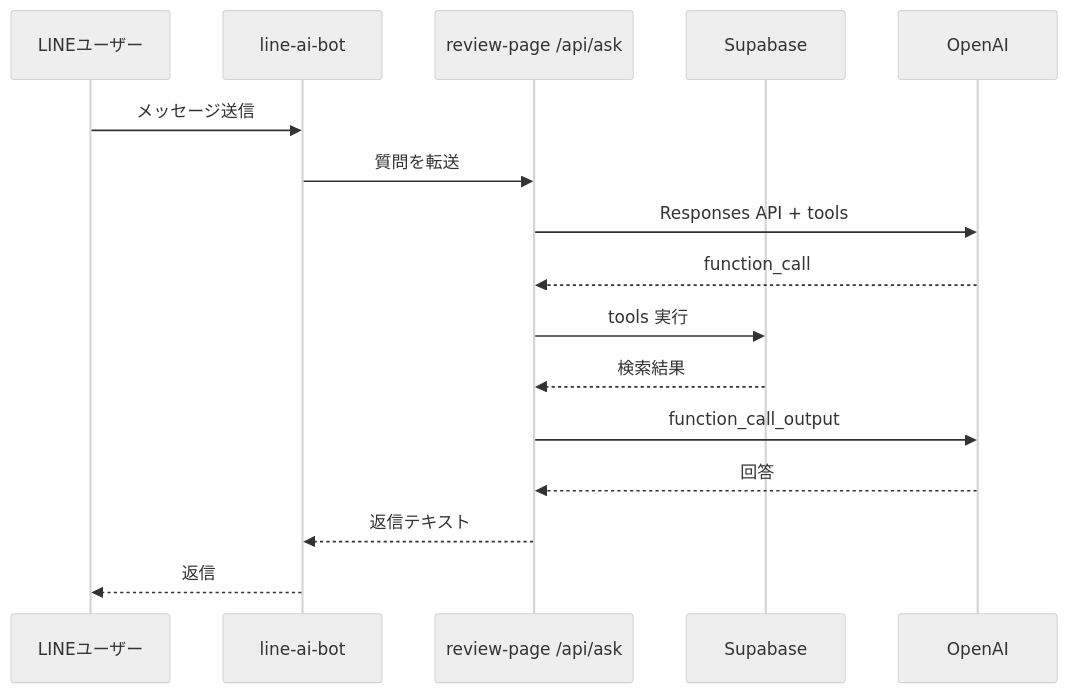
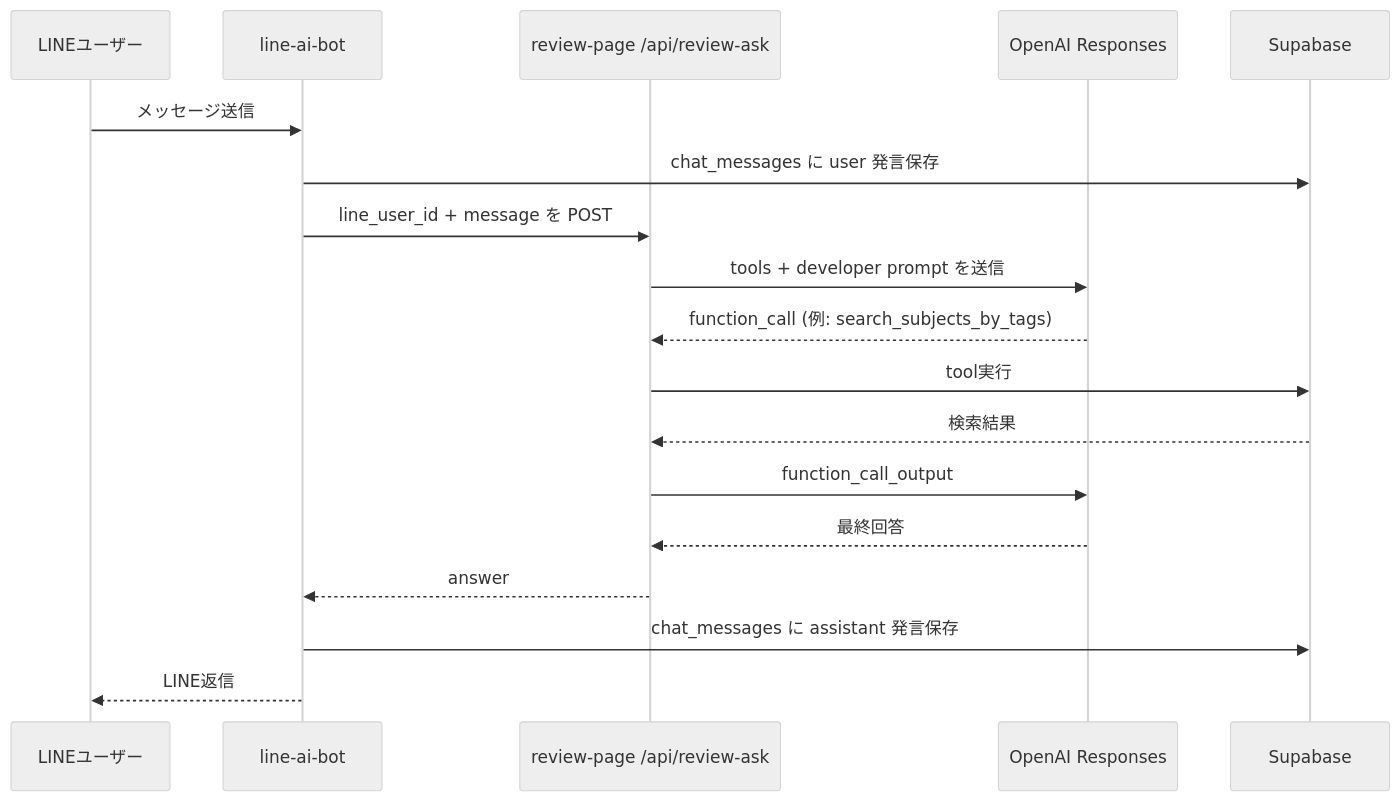
The first of 3 diagrams in wiki/03-アーキテクチャ.md (lego0509/campus-ai), drawn with Mermaid (neutral theme) before and after one commit. The commit also changed other lines of this file and 17 other files, not shown here.

````diff
--- a/wiki/03-アーキテクチャ.md
+++ b/wiki/03-アーキテクチャ.md
@@ -29,19 +15,21 @@
 ```mermaid
 sequenceDiagram
   participant User as LINEユーザー
-  participant Line as line-ai-bot
-  participant Review as review-page /api/ask
+  participant Bot as line-ai-bot
+  participant Ask as review-page /api/review-ask
+  participant OAI as OpenAI Responses
   participant DB as Supabase
-  participant AI as OpenAI
 
-  User->>Line: メッセージ送信
-  Line->>Review: 質問を転送
-  Review->>AI: Responses API + tools
-  AI-->>Review: function_call
-  Review->>DB: tools 実行
-  DB-->>Review: 検索結果
-  Review->>AI: function_call_output
-  AI-->>Review: 回答
-  Review-->>Line: 返信テキスト
-  Line-->>User: 返信
+  User->>Bot: メッセージ送信
+  Bot->>DB: chat_messages に user 発言保存
+  Bot->>Ask: line_user_id + message を POST
+  Ask->>OAI: tools + developer prompt を送信
+  OAI-->>Ask: function_call (例: search_subjects_by_tags)
+  Ask->>DB: tool実行
+  DB-->>Ask: 検索結果
+  Ask->>OAI: function_call_output
+  OAI-->>Ask: 最終回答
+  Ask-->>Bot: answer
+  Bot->>DB: chat_messages に assistant 発言保存
+  Bot-->>User: LINE返信
 ```
````
